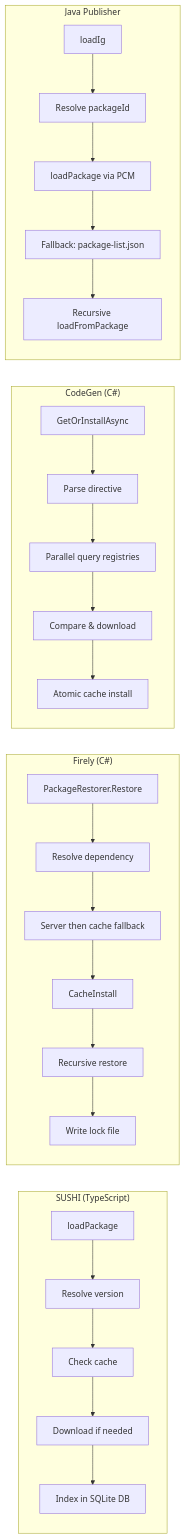
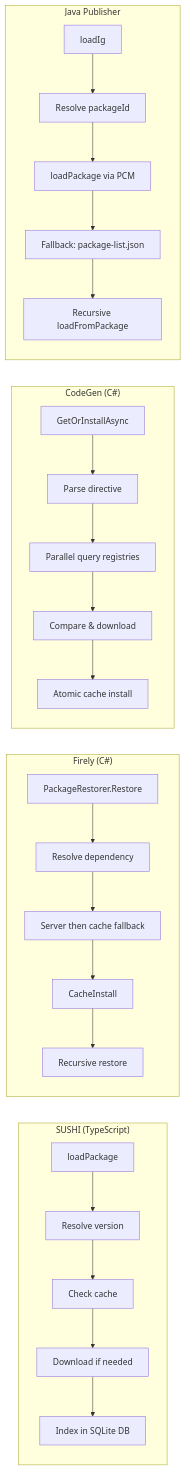
The second of 2 diagrams in reference/dependencies.md (GinoCanessa/dotnet-fhir-packages), drawn with Mermaid before and after one commit. The commit also changed other lines of this file and 13 other files, not shown here.

````diff
--- a/reference/dependencies.md
+++ b/reference/dependencies.md
@@ -202,31 +181,30 @@
 ```mermaid
 flowchart LR
     subgraph SUSHI["SUSHI (TypeScript)"]
         S1[loadPackage] --> S2[Resolve version]
         S2 --> S3[Check cache]
         S3 --> S4[Download if needed]
         S4 --> S5[Index in SQLite DB]
     end
 
     subgraph Firely["Firely (C#)"]
         F1[PackageRestorer.Restore] --> F2[Resolve dependency]
         F2 --> F3[Server then cache fallback]
         F3 --> F4[CacheInstall]
         F4 --> F5[Recursive restore]
-        F5 --> F6[Write lock file]
     end
 
     subgraph CodeGen["CodeGen (C#)"]
         C1[GetOrInstallAsync] --> C2[Parse directive]
         C2 --> C3[Parallel query registries]
         C3 --> C4[Compare & download]
         C4 --> C5[Atomic cache install]
     end
 
     subgraph Java["Java Publisher"]
         J1[loadIg] --> J2[Resolve packageId]
         J2 --> J3[loadPackage via PCM]
         J3 --> J4[Fallback: package-list.json]
         J4 --> J5[Recursive loadFromPackage]
     end
 ```
````
